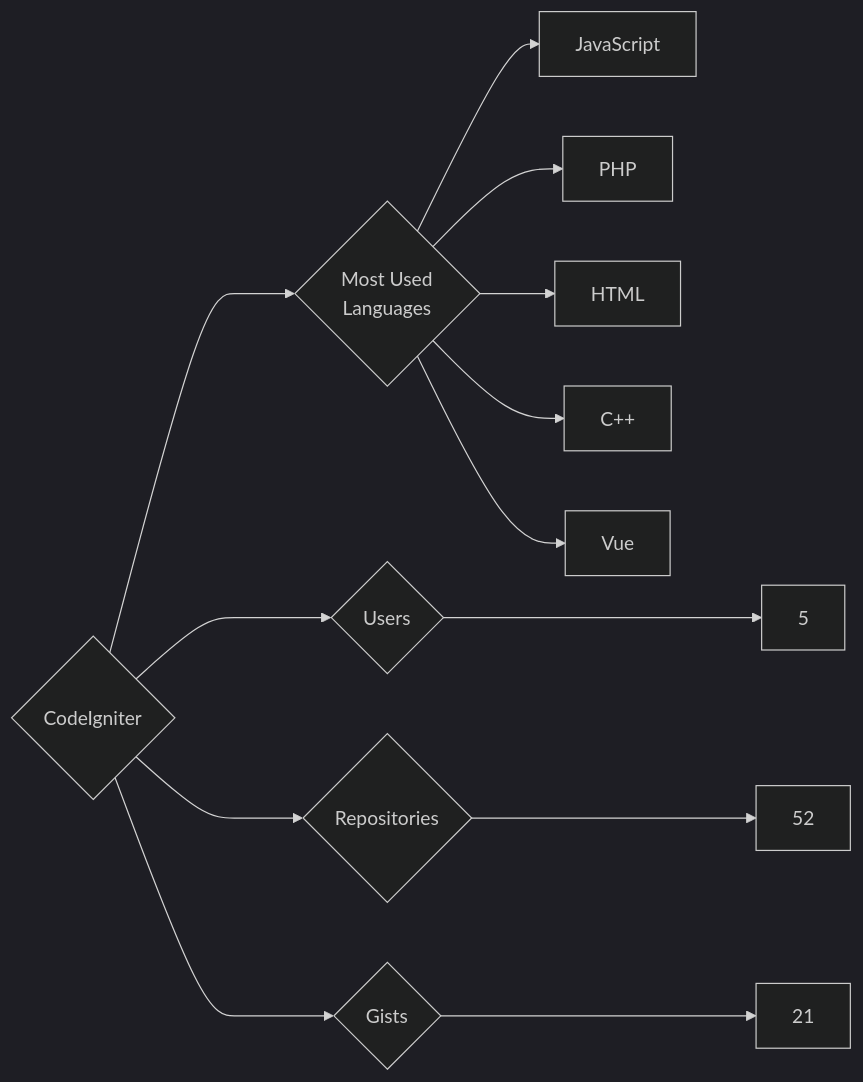
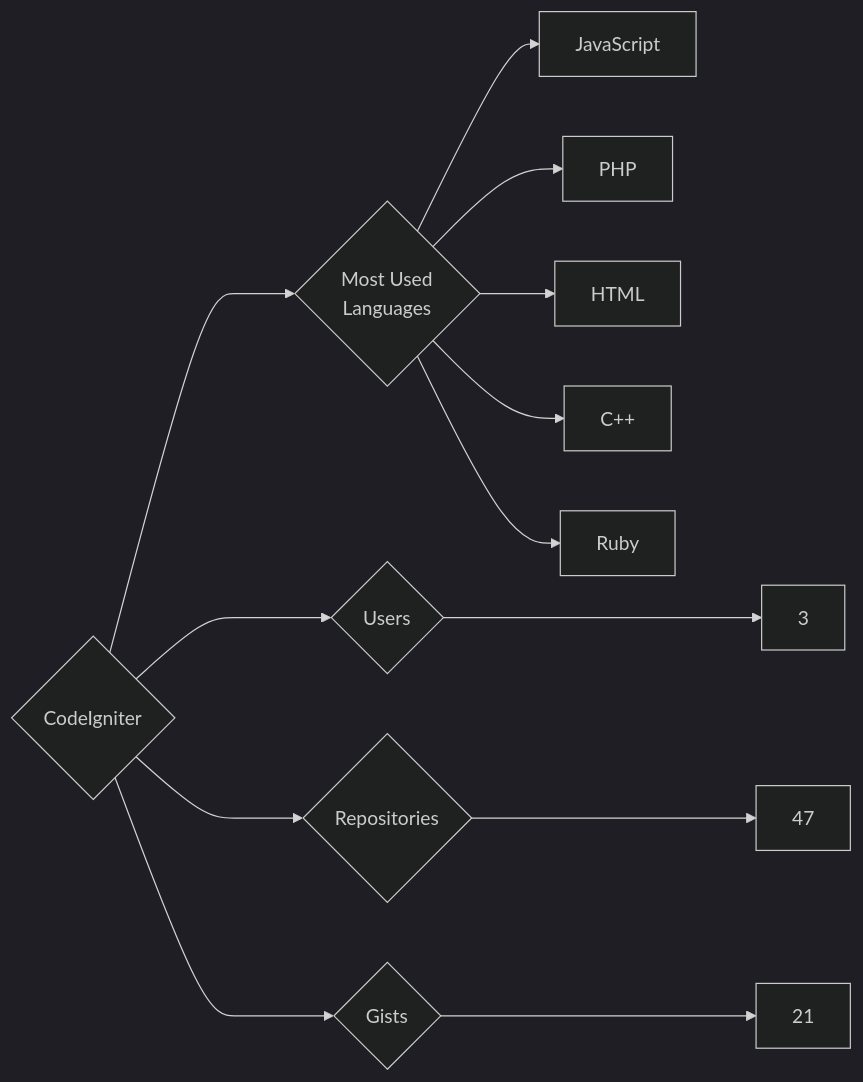
Before and after one commit to trickest/insiders: the diagram in targets/CodeIgniter/README.md, drawn with Mermaid (dark theme). The commit also changed 777 other files, not shown here.

````diff
--- a/targets/CodeIgniter/README.md
+++ b/targets/CodeIgniter/README.md
@@ -3,13 +3,13 @@
 ```mermaid
 graph LR
 COMPANY_NAME{CodeIgniter}
-COMPANY_NAME ---> U{Users} ---> UN[5]
-COMPANY_NAME ---> R{Repositories} ---> RN[52]
+COMPANY_NAME ---> U{Users} ---> UN[3]
+COMPANY_NAME ---> R{Repositories} ---> RN[47]
 COMPANY_NAME ---> G{Gists} ---> GN[21]
 COMPANY_NAME ---> ML{Most Used<br>Languages}
 ML --> JavaScript[JavaScript]
 ML --> PHP[PHP]
 ML --> HTML[HTML]
 ML --> C++[C++]
-ML --> Vue[Vue]
+ML --> Ruby[Ruby]
 ```
````
